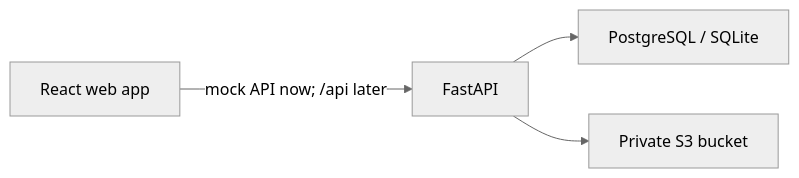
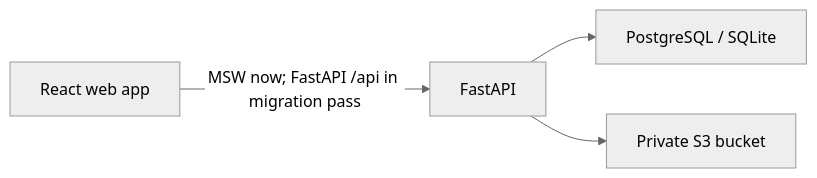
Before and after one commit to RahulGusai/pricing-calculator: the diagram in README.md, drawn with Mermaid (neutral theme). The commit also changed other lines of this file and 58 other files, not shown here.

````diff
--- a/README.md
+++ b/README.md
@@ -50,6 +57,6 @@
 ```mermaid
 flowchart LR
-    Browser["React web app"] -->|"mock API now; /api later"| API["FastAPI"]
+    Browser["React web app"] -->|"MSW now; FastAPI /api in migration pass"| API["FastAPI"]
     API --> DB["PostgreSQL / SQLite"]
     API --> S3["Private S3 bucket"]
 ```
````
